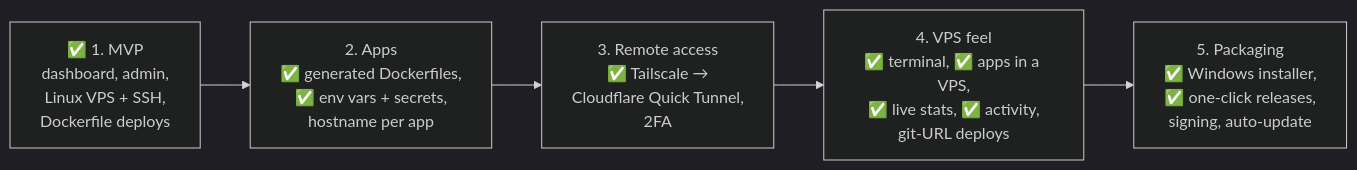
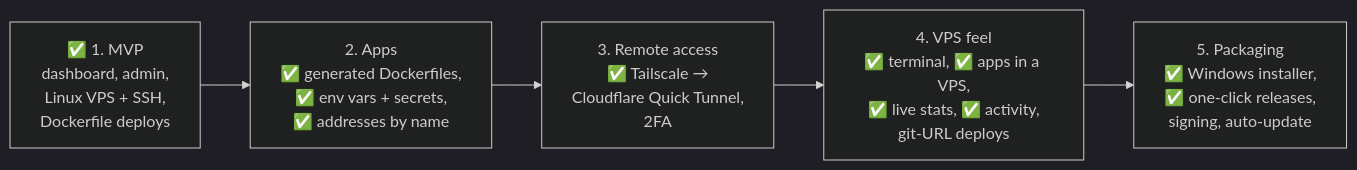
One commit to AbrarDW/lps changed diagram 11 of 11 in README.md. Above: the diagram before and after it, drawn with Mermaid (dark theme). The commit also changed other lines of this file and 9 other files, not shown here.

First line of the commit message:
Give apps addresses by name

````diff
--- a/README.md
+++ b/README.md
@@ -424,9 +438,9 @@
 ```mermaid
 flowchart LR
     m1["✅ 1. MVP<br/>dashboard, admin,<br/>Linux VPS + SSH,<br/>Dockerfile deploys"]
-    m2["2. Apps<br/>✅ generated Dockerfiles,<br/>✅ env vars + secrets,<br/>hostname per app"]
+    m2["2. Apps<br/>✅ generated Dockerfiles,<br/>✅ env vars + secrets,<br/>✅ addresses by name"]
     m3["3. Remote access<br/>✅ Tailscale →<br/>Cloudflare Quick Tunnel,<br/>2FA"]
     m4["4. VPS feel<br/>✅ terminal, ✅ apps in a VPS,<br/>✅ live stats, ✅ activity,<br/>git-URL deploys"]
     m5["5. Packaging<br/>✅ Windows installer,<br/>✅ one-click releases,<br/>signing, auto-update"]
     m1 --> m2 --> m3 --> m4 --> m5
 ```
````
